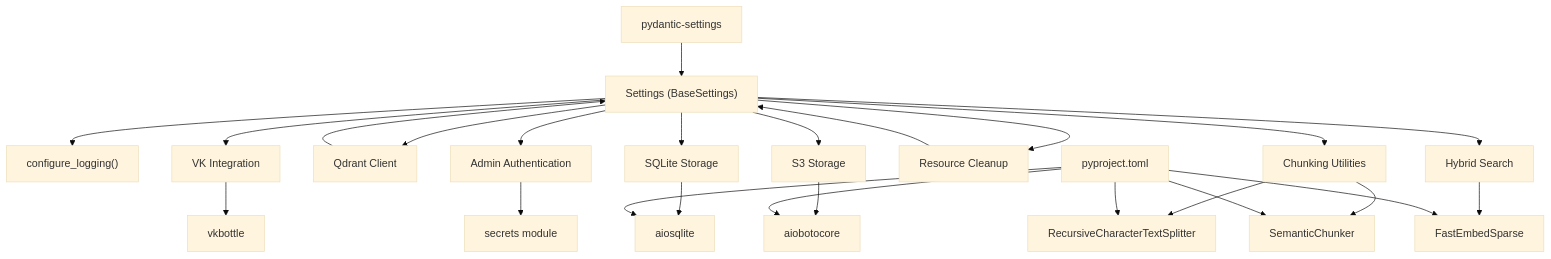
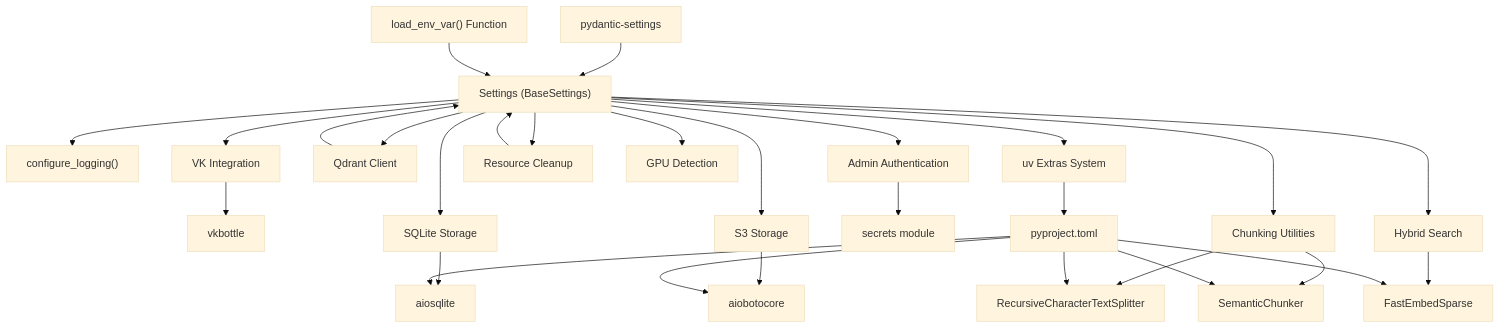
One commit to ognelis/cafetera_hr_bot changed the sixth of 14 diagrams in .qoder/repowiki/en/content/Configuration Management.md. Above: the diagram before and after it, drawn with Mermaid (base theme). The commit also changed other lines of this file and 2 other files, not shown here.

````diff
--- a/.qoder/repowiki/en/content/Configuration Management.md
+++ b/.qoder/repowiki/en/content/Configuration Management.md
@@ -445,46 +515,53 @@
 ```mermaid
 graph TB
 Settings["Settings (BaseSettings)"]
+LoadEnv["load_env_var() Function"]
 Pydantic["pydantic-settings"]
 LoggingConfig["configure_logging()"]
 VKIntegration["VK Integration"]
 VKLib["vkbottle"]
 Qdrant["Qdrant Client"]
 SQLite["SQLite Storage"]
 Aiosqlite["aiosqlite"]
 S3Storage["S3 Storage"]
 Aiobotocore["aiobotocore"]
 AdminAuth["Admin Authentication"]
 Secrets["secrets module"]
 Cleanup["Resource Cleanup"]
 ChunkingUtils["Chunking Utilities"]
 RecursiveSplitter["RecursiveCharacterTextSplitter"]
 SemanticChunker["SemanticChunker"]
 HybridSearch["Hybrid Search"]
 FastEmbedSparse["FastEmbedSparse"]
+GPUDetection["GPU Detection"]
+UvExtras["uv Extras System"]
 Pyproject["pyproject.toml"]
 Pydantic --> Settings
+LoadEnv --> Settings
 Settings --> LoggingConfig
 Settings --> VKIntegration
 Settings --> Qdrant
 Settings --> SQLite
 Settings --> S3Storage
 Settings --> AdminAuth
 Settings --> Cleanup
 Settings --> ChunkingUtils
 Settings --> HybridSearch
+Settings --> GPUDetection
+Settings --> UvExtras
 ChunkingUtils --> RecursiveSplitter
 ChunkingUtils --> SemanticChunker
 HybridSearch --> FastEmbedSparse
 VKIntegration --> VKLib
 Qdrant --> Settings
 SQLite --> Aiosqlite
 S3Storage --> Aiobotocore
 AdminAuth --> Secrets
 Cleanup --> Settings
+UvExtras --> Pyproject
 Pyproject --> Aiosqlite
 Pyproject --> Aiobotocore
 Pyproject --> RecursiveSplitter
 Pyproject --> SemanticChunker
 Pyproject --> FastEmbedSparse
 ```
````
